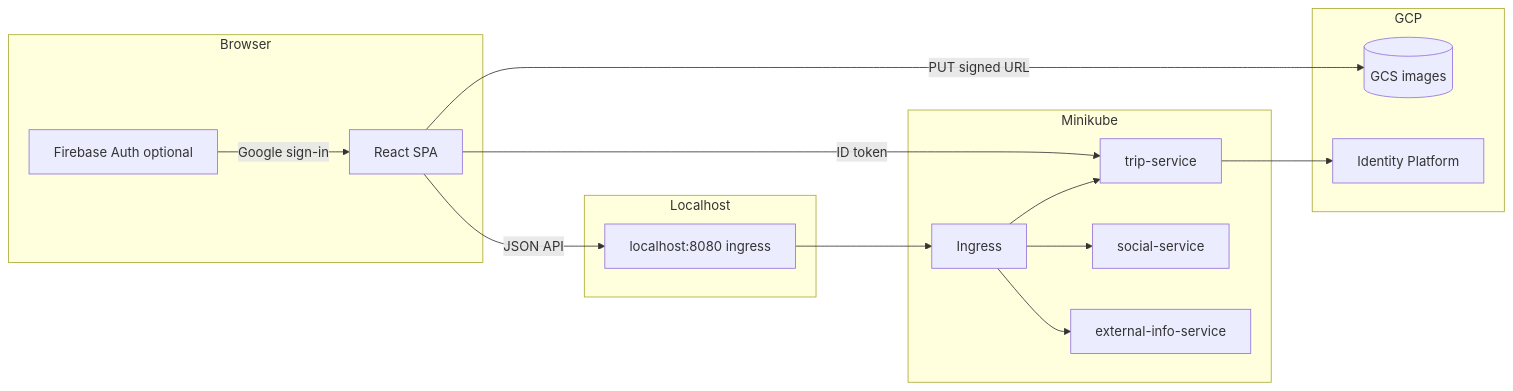
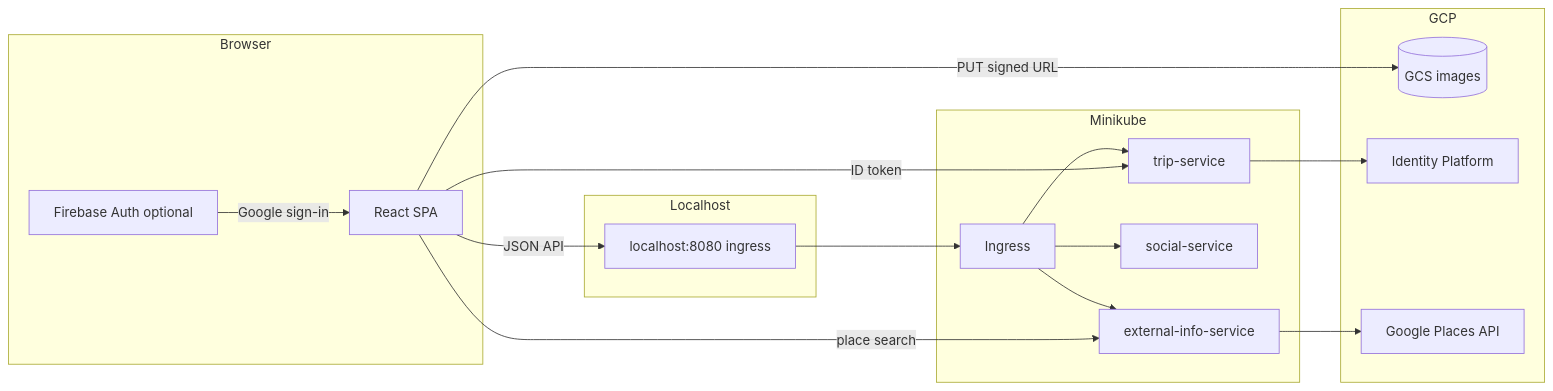
The second of 4 diagrams in docs/gettingstarted/STATE.md (tbd-htwg/backend), drawn with Mermaid before and after one commit. The commit also changed other lines of this file and 12 other files, not shown here.

````diff
--- a/docs/gettingstarted/STATE.md
+++ b/docs/gettingstarted/STATE.md
@@ -119,32 +133,35 @@
 ```mermaid
 flowchart LR
   subgraph Browser
     SPA[React SPA]
     FB[Firebase Auth optional]
   end
 
   subgraph Localhost
     ApiURL["localhost:8080 ingress"]
   end
 
   subgraph Minikube
     GW[Ingress]
     Trip[trip-service]
     Social[social-service]
     Ext[external-info-service]
   end
 
   subgraph GCP
     GCS[(GCS images)]
     IdP[Identity Platform]
+    Places[Google Places API]
   end
 
   SPA -->|JSON API| ApiURL --> GW
   GW --> Trip
   GW --> Social
   GW --> Ext
   FB -->|Google sign-in| SPA
   SPA -->|ID token| Trip
   Trip --> IdP
+  SPA -->|place search| Ext
+  Ext --> Places
   SPA -->|PUT signed URL| GCS
 ```
````
